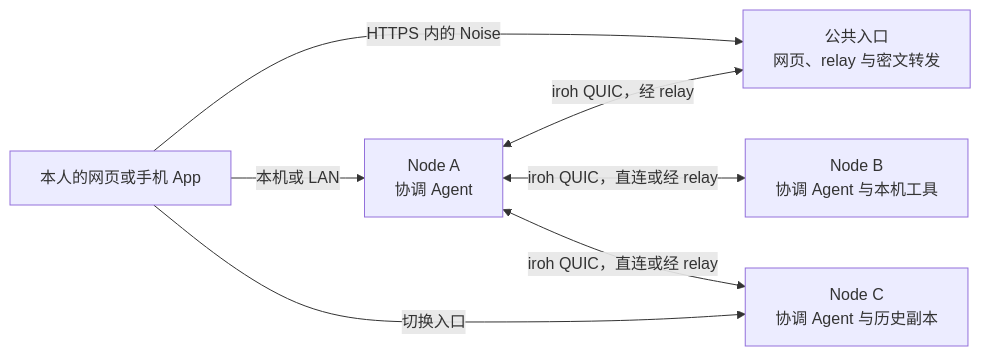
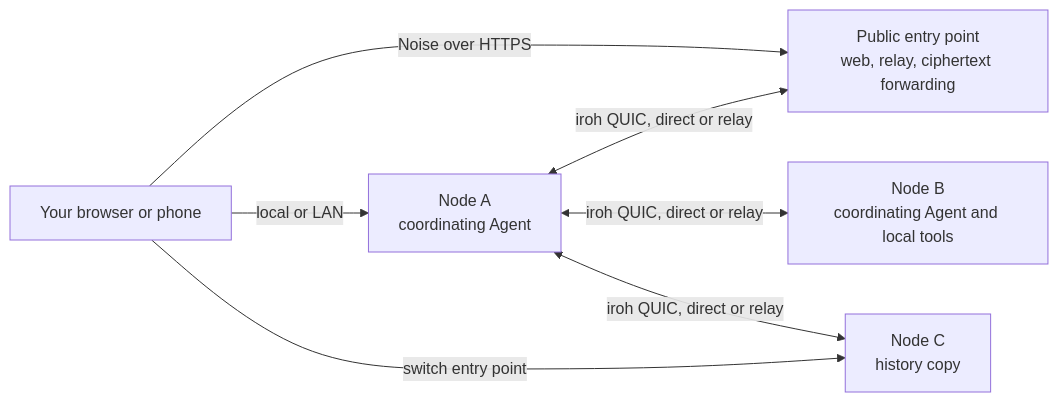
One commit to leaperone/vibeface changed the diagram in README.md. Above: the diagram before and after it, drawn with Mermaid. The commit also changed other lines of this file and 1 other file, not shown here.

````diff
--- a/README.md
+++ b/README.md
@@ -33,14 +45,14 @@
 ```mermaid
 flowchart LR
-    U[本人的网页或手机 App]
-    G[公共入口<br>网页、relay 与密文转发]
-    A[Node A<br>协调 Agent]
-    B[Node B<br>协调 Agent 与本机工具]
-    C[Node C<br>协调 Agent 与历史副本]
-    U -->|HTTPS 内的 Noise| G
-    U -->|本机或 LAN| A
-    U -->|切换入口| C
-    A <-->|iroh QUIC，经 relay| G
-    A <-->|iroh QUIC，直连或经 relay| B
-    A <-->|iroh QUIC，直连或经 relay| C
+    U[Your browser or phone]
+    G[Public entry point<br>web, relay, ciphertext forwarding]
+    A[Node A<br>coordinating Agent]
+    B[Node B<br>coordinating Agent and local tools]
+    C[Node C<br>history copy]
+    U -->|Noise over HTTPS| G
+    U -->|local or LAN| A
+    U -->|switch entry point| C
+    A <-->|iroh QUIC, direct or relay| G
+    A <-->|iroh QUIC, direct or relay| B
+    A <-->|iroh QUIC, direct or relay| C
 ```
````
